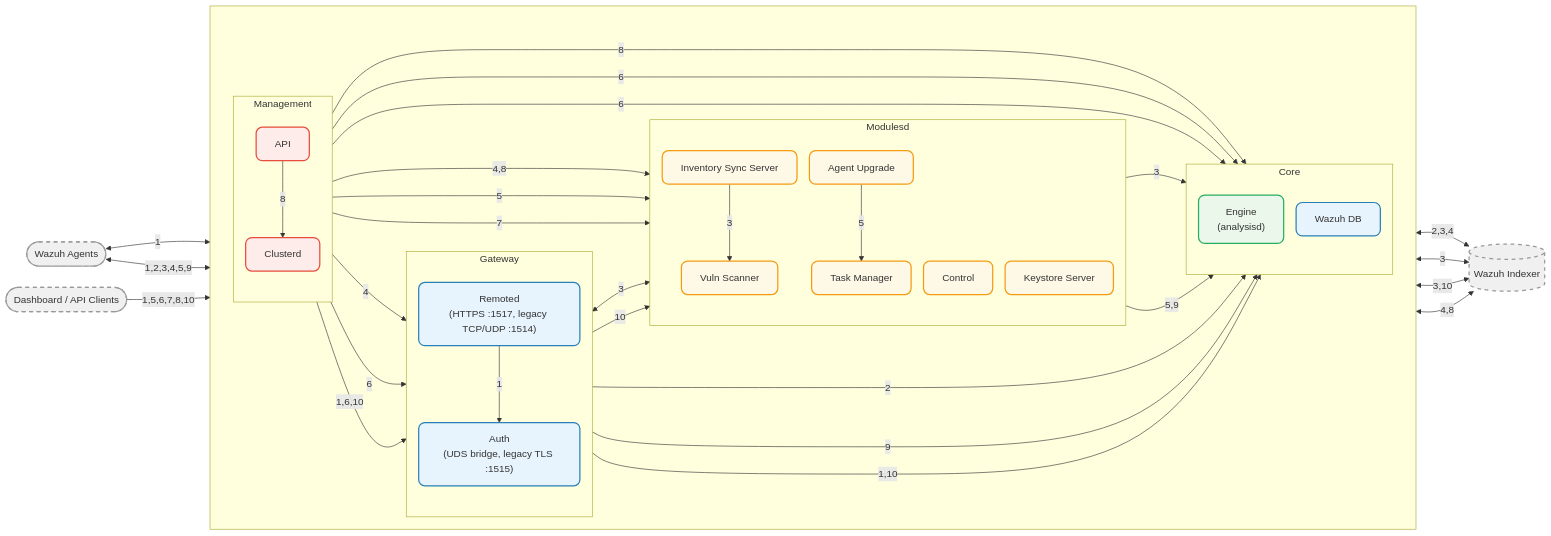
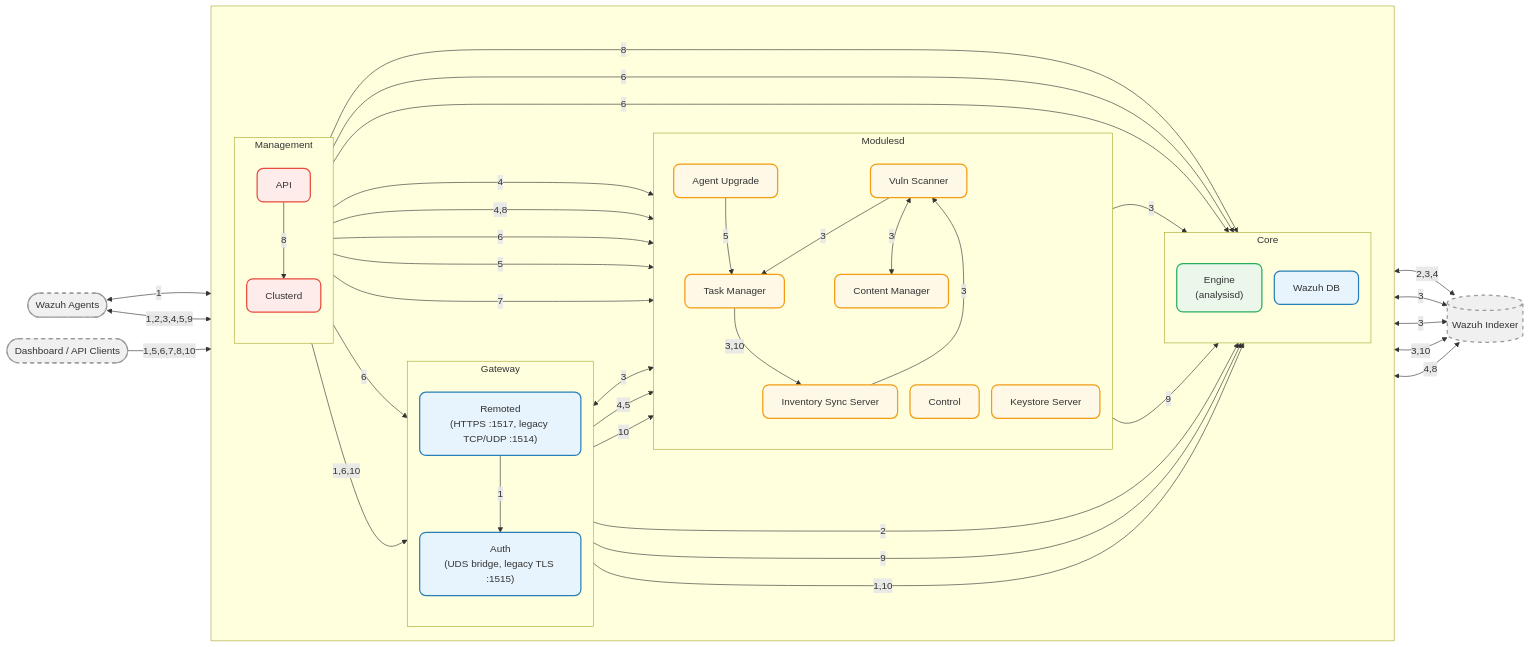
The diagram in docs/ref/architecture.md (wazuh/wazuh), drawn with Mermaid before and after one commit. The commit also changed other lines of this file and 172 other files, not shown here.

Commit message:
feat: move task manager to c++

```diff
--- a/docs/ref/architecture.md
+++ b/docs/ref/architecture.md
@@ -43,6 +43,7 @@
   subgraph modulesd["Modulesd"]
     direction TB
     vs["Vuln Scanner"]:::m
+    cm["Content Manager"]:::m
     is["Inventory Sync Server"]:::m
     au["Agent Upgrade"]:::m
     tm["Task Manager"]:::m
@@ -73,29 +74,44 @@
 
 %% Modulesd → Core
 vs -->|3| engine
-tm -->|5,9| wdb
+tm -->|9| wdb
 
 %% Modulesd internal (in-process VD scan lane)
 is -->|3| vs
 au -->|5| tm
+vs -->|3| tm
+
+%% Task Manager dispatches its manager tasks to Inventory Sync Server's internal routes
+tm -->|3,10| is
+
+%% CVE feed downloads: VD registers a provider, Content Manager pages the feed back to it
+vs <-->|3| cm
 
 %% Modulesd ↔ Gateway (UDS relay: POST /stateful → queue/sockets/inventory-sync-http.sock)
 remoted <-->|3| is
-authd -->|10| is
+
+%% Remoted asks for an agent's pending tasks and hands them back in the POST /control response
+remoted -->|4,5| tm
+
+%% Auth records the indexer purge as a task rather than calling Inventory Sync itself
+authd -->|10| tm
 
 %% Core / Modulesd → Indexer
 engine <-->|2,3,4| indexer
 vs <-->|3| indexer
+cm <-->|3| indexer
 is <-->|3,10| indexer
 clusterd <-->|4,8| indexer
 clusterd -->|8| wdb
-clusterd -->|4| remoted
+
+%% Active response: clusterd turns each finding into an agent task; remoted hands it to the agent
+clusterd -->|4| tm
 
 %% Clusterd reads the Indexer credentials from the keystore before any Indexer access
 clusterd -->|4,8| ks
 
 %% Management → Internal
-api -->|6| engine & wdb & remoted
+api -->|6| engine & wdb & remoted & tm
 api -->|1,6,10| authd
 api -->|5| au
 api -->|7| ctrl
```
